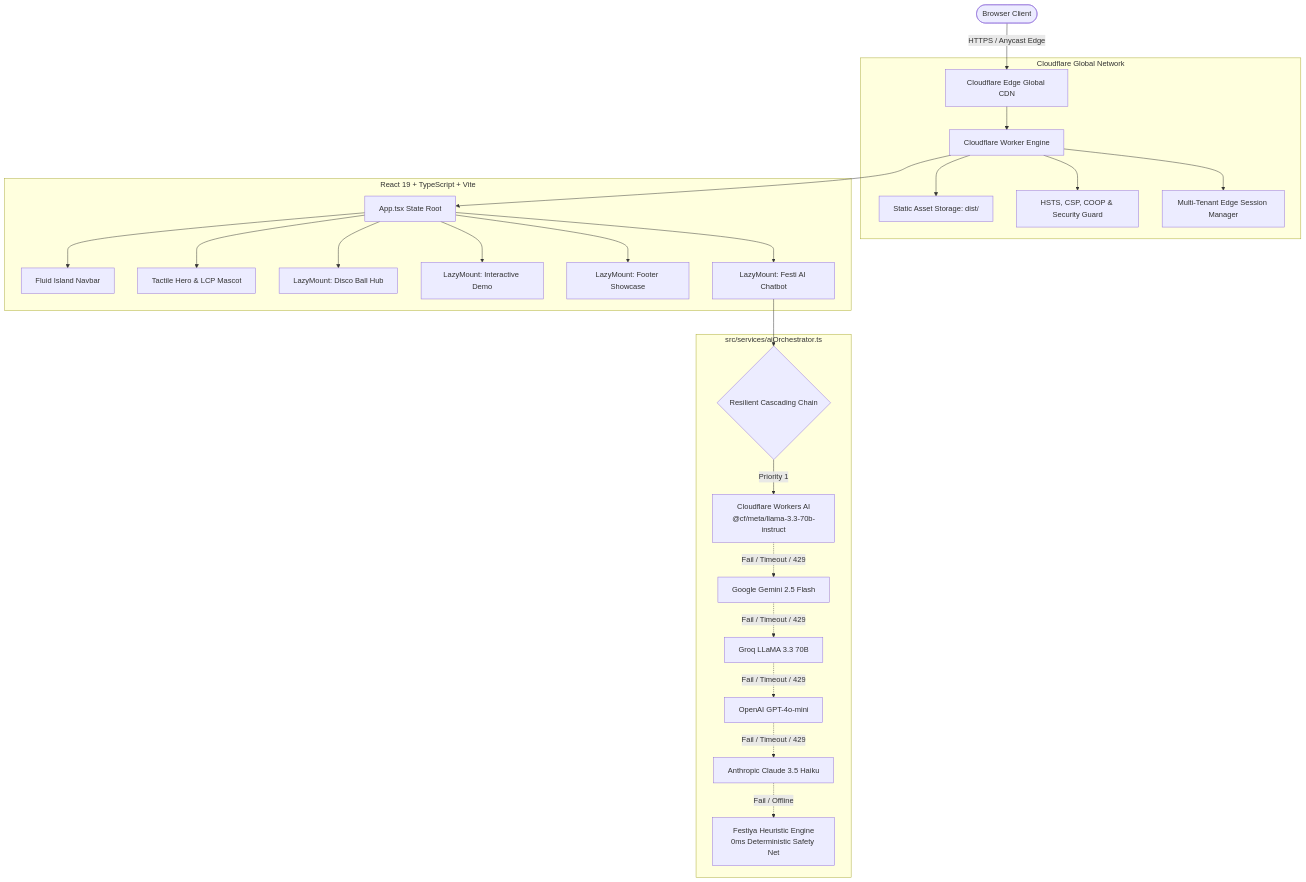
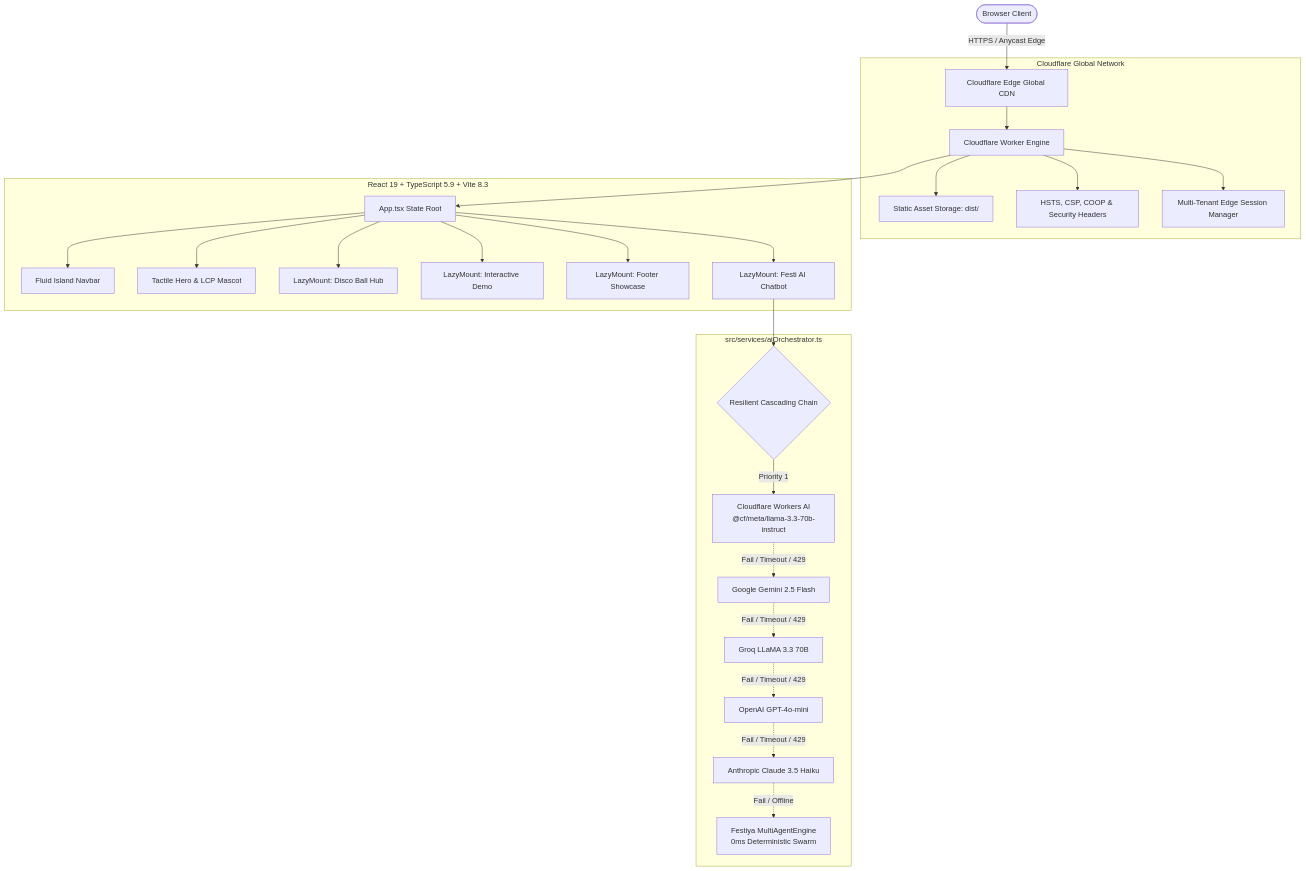
The second of 2 diagrams in README.md (z99wE/festy), drawn with Mermaid before and after one commit. The commit also changed other lines of this file and 3 other files, not shown here.

````diff
--- a/README.md
+++ b/README.md
@@ -93,31 +192,31 @@
 ```mermaid
 flowchart TD
     User([Browser Client]) -->|HTTPS / Anycast Edge| CF_CDN[Cloudflare Edge Global CDN]
     
     subgraph Cloudflare Global Network
         CF_CDN --> Worker[Cloudflare Worker Engine]
         Worker --> StaticAssets[Static Asset Storage: dist/]
-        Worker --> SecurityHeaders[HSTS, CSP, COOP & Security Guard]
+        Worker --> SecurityHeaders[HSTS, CSP, COOP & Security Headers]
         Worker --> EdgeAuth[Multi-Tenant Edge Session Manager]
     end
 
-    subgraph Client Application [React 19 + TypeScript + Vite]
+    subgraph Client Application [React 19 + TypeScript 5.9 + Vite 8.3]
         Worker --> AppRoot[App.tsx State Root]
         AppRoot --> NavbarComp[Fluid Island Navbar]
         AppRoot --> HeroSection[Tactile Hero & LCP Mascot]
         AppRoot --> LazyHub[LazyMount: Disco Ball Hub]
         AppRoot --> LazyDemo[LazyMount: Interactive Demo]
         AppRoot --> LazyShowcase[LazyMount: Footer Showcase]
         AppRoot --> ChatbotComp[LazyMount: Festi AI Chatbot]
     end
 
     subgraph Multi-LLM Cascading Orchestrator [src/services/aiOrchestrator.ts]
         ChatbotComp --> Orchestrator{Resilient Cascading Chain}
         Orchestrator -->|Priority 1| CF_AI[Cloudflare Workers AI\n@cf/meta/llama-3.3-70b-instruct]
         CF_AI -.->|Fail / Timeout / 429| Gemini[Google Gemini 2.5 Flash]
         Gemini -.->|Fail / Timeout / 429| Groq[Groq LLaMA 3.3 70B]
         Groq -.->|Fail / Timeout / 429| OpenAI[OpenAI GPT-4o-mini]
         OpenAI -.->|Fail / Timeout / 429| Claude[Anthropic Claude 3.5 Haiku]
-        Claude -.->|Fail / Offline| Heuristic[Festiya Heuristic Engine\n0ms Deterministic Safety Net]
+        Claude -.->|Fail / Offline| Heuristic[Festiya MultiAgentEngine\n0ms Deterministic Swarm]
     end
 ```
````
